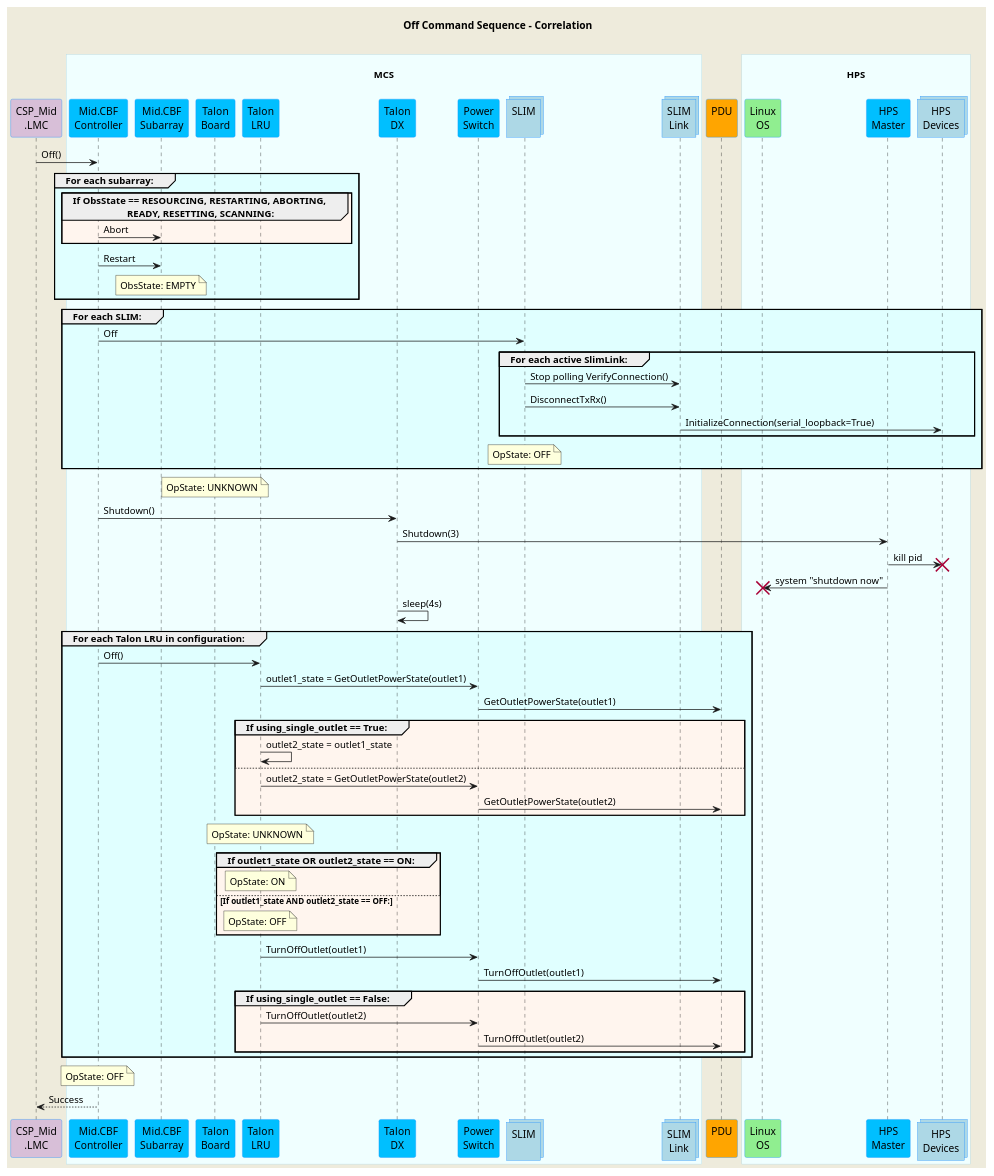
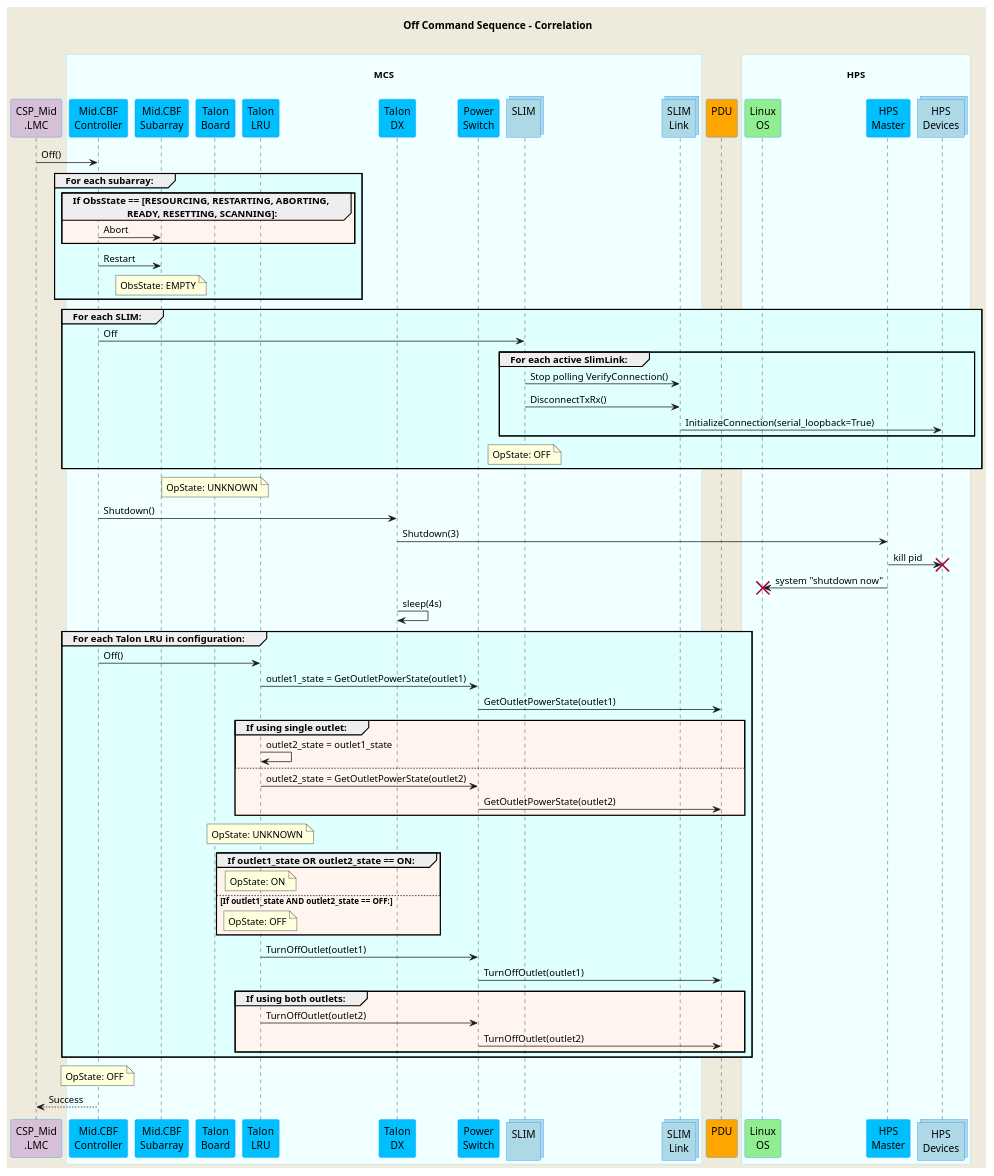
Before and after one commit to ska-telescope/mid-cbf-mcs: the diagram in docs/src/diagrams/off-command-sequence.puml, drawn with PlantUML. The commit also changed 11 other files, not shown here.

Commit message:
CIP-2424 sequence diagram consistency tweaks

```diff
--- a/docs/src/diagrams/off-command-sequence.puml
+++ b/docs/src/diagrams/off-command-sequence.puml
@@ -1,97 +1,97 @@
 @startuml
 'https://plantuml.com/sequence-diagram
 skinparam backgroundColor #EEEBDC
 skinparam sequence {
 ParticipantBorderColor DodgerBlue
 ParticipantBackgroundColor DeepSkyBlue
 ActorBorderColor DarkGreen
 ActorBackgroundColor Green
 BoxBorderColor LightBlue
 BoxBackgroundColor #F0FFFF
 }
 skinparam collections {
   BackGroundColor LightBlue
   BorderColor DodgerBlue
 }
 skinparam database {
   BackgroundColor LightGreen
   BorderColor DarkGreen
 }
 title Off Command Sequence - Correlation\n
 participant "CSP_Mid\n.LMC" as lmc #Thistle
 box "\nMCS\n"
   participant "Mid.CBF\nController" as controller
   participant "Mid.CBF\nSubarray" as subarray
   participant "Talon\nBoard" as talon_board
   participant "Talon\nLRU" as lru
   participant "Talon\nDX" as tdx
   participant "Power\nSwitch" as ps
   collections "SLIM\n" as slim
   collections "SLIM\nLink" as slimlink
 end box
 participant "PDU\n" as pdu #Orange
 box "\nHPS\n"
   participant "Linux\nOS" as os #LightGreen
   participant "HPS\nMaster" as hpsmaster
   collections "HPS\nDevices" as hpsdevices
 end box
 
 lmc -> controller : Off()
 
 group #LightCyan For each subarray:
-group #SeaShell If ObsState == RESOURCING, RESTARTING, ABORTING,\n                      READY, RESETTING, SCANNING:
+group #SeaShell If ObsState == [RESOURCING, RESTARTING, ABORTING,\n                      READY, RESETTING, SCANNING]:
 controller -> subarray        : Abort
 end
 
 controller -> subarray        : Restart
 note over subarray            : ObsState: EMPTY
 end loop
 
 group #LightCyan For each SLIM:
   controller ->  slim         : Off
 
   group #LightCyan For each active SlimLink:
     slim      ->  slimlink    : Stop polling VerifyConnection()
     slim      ->  slimlink    : DisconnectTxRx()
     slimlink  ->  hpsdevices  : InitializeConnection(serial_loopback=True)
   end 
   note over slim              : OpState: OFF
 end group
 
 note over talon_board          : OpState: UNKNOWN
 controller  ->  tdx            : Shutdown()
 tdx         ->  hpsmaster      : Shutdown(3)
 hpsmaster   ->  hpsdevices !!  : kill pid
 hpsmaster   ->  os !!          : system "shutdown now"
 tdx         ->  tdx            : sleep(4s)
 
 group #LightCyan For each Talon LRU in configuration:
   controller    ->  lru         : Off()
   lru           ->  ps          : outlet1_state = GetOutletPowerState(outlet1)
   ps            ->  pdu         : GetOutletPowerState(outlet1)
-  group #SeaShell If using_single_outlet == True:
+  group #SeaShell If using single outlet:
     lru         ->  lru         : outlet2_state = outlet1_state
     else
     lru         ->  ps          : outlet2_state = GetOutletPowerState(outlet2)
     ps          ->  pdu         : GetOutletPowerState(outlet2)
   end group
 
   note over lru                 : OpState: UNKNOWN
   group #SeaShell If outlet1_state OR outlet2_state == ON:
     note over lru               : OpState: ON
   else If outlet1_state AND outlet2_state == OFF:
     note over lru               : OpState: OFF
   end group
 
   lru           ->  ps          : TurnOffOutlet(outlet1)
   ps            ->  pdu         : TurnOffOutlet(outlet1)
-  group #SeaShell If using_single_outlet == False:
+  group #SeaShell If using both outlets:
     lru         ->  ps          : TurnOffOutlet(outlet2)
     ps          ->  pdu         : TurnOffOutlet(outlet2)
   end group
 end group
 
 note over controller           : OpState: OFF
 lmc        <--  controller     : Success
 
 @enduml
```
